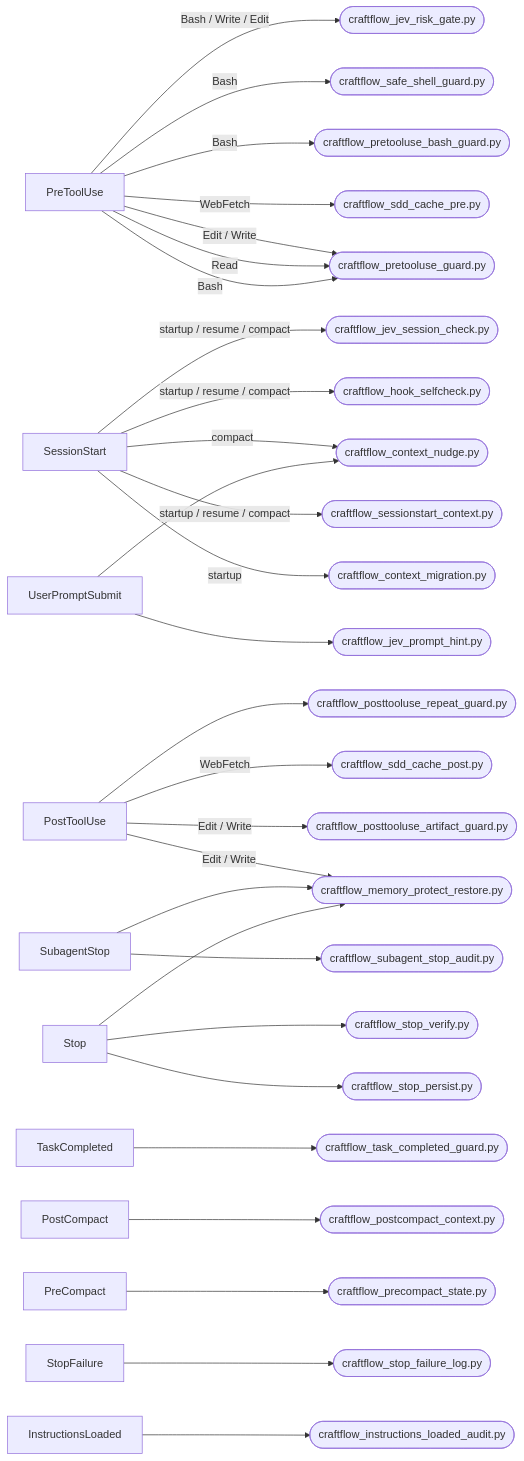
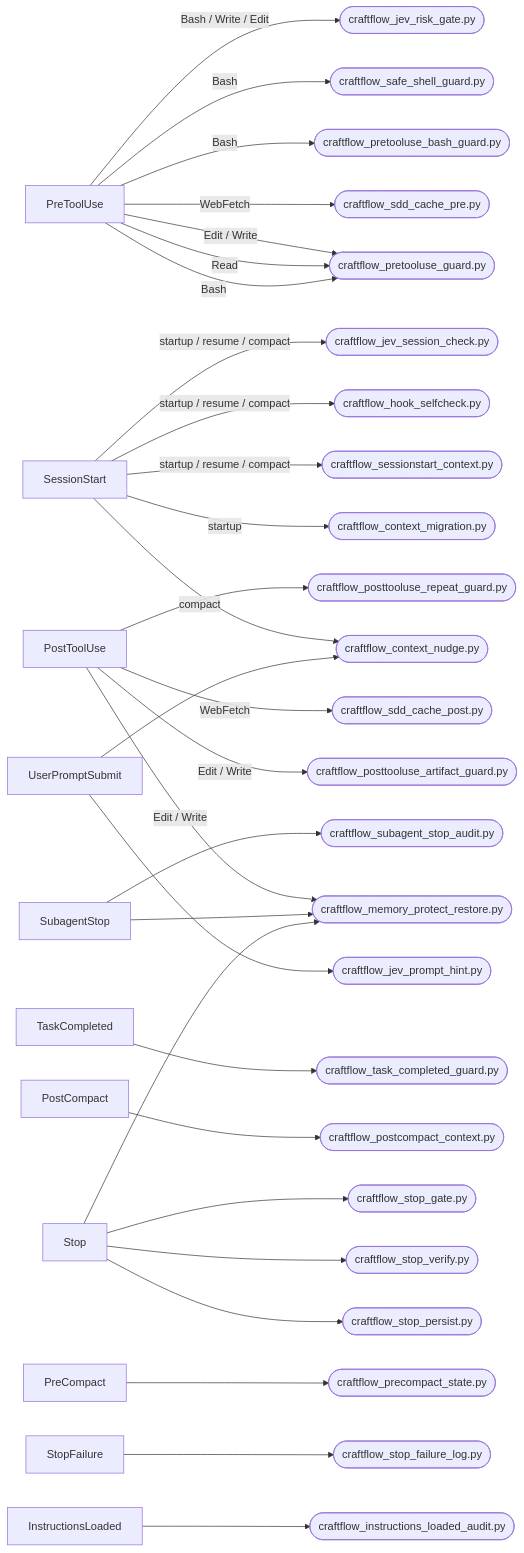
Before and after one commit to aicraft-sdk/craftflow: the first of 2 diagrams in plugins/craftflow/docs/generated/architecture.md, drawn with Mermaid. The commit also changed other lines of this file and 4 other files, not shown here.

Commit message:
feat(craftflow): stop-gate hook in shadow mode (off by default)

````diff
--- a/plugins/craftflow/docs/generated/architecture.md
+++ b/plugins/craftflow/docs/generated/architecture.md
@@ -16,65 +16,67 @@
 ```mermaid
 flowchart LR
   event_PreToolUse["PreToolUse"]
   event_SessionStart["SessionStart"]
   event_PostToolUse["PostToolUse"]
   event_TaskCompleted["TaskCompleted"]
   event_PostCompact["PostCompact"]
   event_SubagentStop["SubagentStop"]
   event_PreCompact["PreCompact"]
   event_Stop["Stop"]
   event_StopFailure["StopFailure"]
   event_InstructionsLoaded["InstructionsLoaded"]
   event_UserPromptSubmit["UserPromptSubmit"]
   script_craftflow_pretooluse_guard_py(["craftflow_pretooluse_guard.py"])
   script_craftflow_sdd_cache_pre_py(["craftflow_sdd_cache_pre.py"])
   script_craftflow_pretooluse_bash_guard_py(["craftflow_pretooluse_bash_guard.py"])
   script_craftflow_safe_shell_guard_py(["craftflow_safe_shell_guard.py"])
   script_craftflow_jev_risk_gate_py(["craftflow_jev_risk_gate.py"])
   script_craftflow_context_migration_py(["craftflow_context_migration.py"])
   script_craftflow_sessionstart_context_py(["craftflow_sessionstart_context.py"])
   script_craftflow_hook_selfcheck_py(["craftflow_hook_selfcheck.py"])
   script_craftflow_jev_session_check_py(["craftflow_jev_session_check.py"])
   script_craftflow_context_nudge_py(["craftflow_context_nudge.py"])
   script_craftflow_posttooluse_artifact_guard_py(["craftflow_posttooluse_artifact_guard.py"])
   script_craftflow_memory_protect_restore_py(["craftflow_memory_protect_restore.py"])
   script_craftflow_sdd_cache_post_py(["craftflow_sdd_cache_post.py"])
   script_craftflow_posttooluse_repeat_guard_py(["craftflow_posttooluse_repeat_guard.py"])
   script_craftflow_task_completed_guard_py(["craftflow_task_completed_guard.py"])
   script_craftflow_postcompact_context_py(["craftflow_postcompact_context.py"])
   script_craftflow_subagent_stop_audit_py(["craftflow_subagent_stop_audit.py"])
   script_craftflow_precompact_state_py(["craftflow_precompact_state.py"])
   script_craftflow_stop_persist_py(["craftflow_stop_persist.py"])
   script_craftflow_stop_verify_py(["craftflow_stop_verify.py"])
+  script_craftflow_stop_gate_py(["craftflow_stop_gate.py"])
   script_craftflow_stop_failure_log_py(["craftflow_stop_failure_log.py"])
   script_craftflow_instructions_loaded_audit_py(["craftflow_instructions_loaded_audit.py"])
   script_craftflow_jev_prompt_hint_py(["craftflow_jev_prompt_hint.py"])
   event_PreToolUse -->|"Edit / Write"| script_craftflow_pretooluse_guard_py
   event_PreToolUse -->|"Read"| script_craftflow_pretooluse_guard_py
   event_PreToolUse -->|"WebFetch"| script_craftflow_sdd_cache_pre_py
   event_PreToolUse -->|"Bash"| script_craftflow_pretooluse_guard_py
   event_PreToolUse -->|"Bash"| script_craftflow_pretooluse_bash_guard_py
   event_PreToolUse -->|"Bash"| script_craftflow_safe_shell_guard_py
   event_PreToolUse -->|"Bash / Write / Edit"| script_craftflow_jev_risk_gate_py
   event_SessionStart -->|"startup"| script_craftflow_context_migration_py
   event_SessionStart -->|"startup / resume / compact"| script_craftflow_sessionstart_context_py
   event_SessionStart -->|"startup / resume / compact"| script_craftflow_hook_selfcheck_py
   event_SessionStart -->|"startup / resume / compact"| script_craftflow_jev_session_check_py
   event_SessionStart -->|"compact"| script_craftflow_context_nudge_py
   event_PostToolUse -->|"Edit / Write"| script_craftflow_posttooluse_artifact_guard_py
   event_PostToolUse -->|"Edit / Write"| script_craftflow_memory_protect_restore_py
   event_PostToolUse -->|"WebFetch"| script_craftflow_sdd_cache_post_py
   event_PostToolUse --> script_craftflow_posttooluse_repeat_guard_py
   event_TaskCompleted --> script_craftflow_task_completed_guard_py
   event_PostCompact --> script_craftflow_postcompact_context_py
   event_SubagentStop --> script_craftflow_subagent_stop_audit_py
   event_SubagentStop --> script_craftflow_memory_protect_restore_py
   event_PreCompact --> script_craftflow_precompact_state_py
   event_Stop --> script_craftflow_stop_persist_py
   event_Stop --> script_craftflow_memory_protect_restore_py
   event_Stop --> script_craftflow_stop_verify_py
+  event_Stop --> script_craftflow_stop_gate_py
   event_StopFailure --> script_craftflow_stop_failure_log_py
   event_InstructionsLoaded --> script_craftflow_instructions_loaded_audit_py
   event_UserPromptSubmit --> script_craftflow_jev_prompt_hint_py
   event_UserPromptSubmit --> script_craftflow_context_nudge_py
 ```
````
